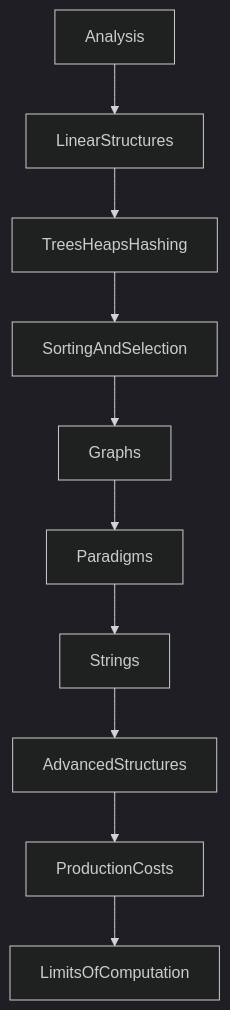
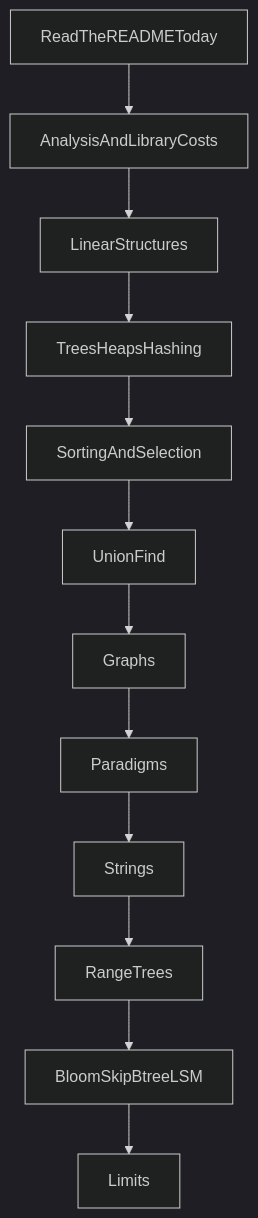
Before and after one commit to ishitvagoel/BitsAndBytes: the diagram in CURRICULUM.md, drawn with Mermaid (dark theme). The commit also changed other lines of this file, not shown here.

````diff
--- a/CURRICULUM.md
+++ b/CURRICULUM.md
@@ -51,14 +55,16 @@
 ```mermaid
 flowchart TD
-  foundations[Analysis]
+  now[ReadTheREADMEToday]
+  analysis[AnalysisAndLibraryCosts]
   linear[LinearStructures]
   trees[TreesHeapsHashing]
   sorting[SortingAndSelection]
+  unionfind[UnionFind]
   graphs[Graphs]
   design[Paradigms]
   strings[Strings]
-  advanced[AdvancedStructures]
-  practice[ProductionCosts]
-  limits[LimitsOfComputation]
-  foundations --> linear --> trees --> sorting --> graphs --> design --> strings --> advanced --> practice --> limits
+  ranges[RangeTrees]
+  storage[BloomSkipBtreeLSM]
+  limits[Limits]
+  now --> analysis --> linear --> trees --> sorting --> unionfind --> graphs --> design --> strings --> ranges --> storage --> limits
 ```
````
